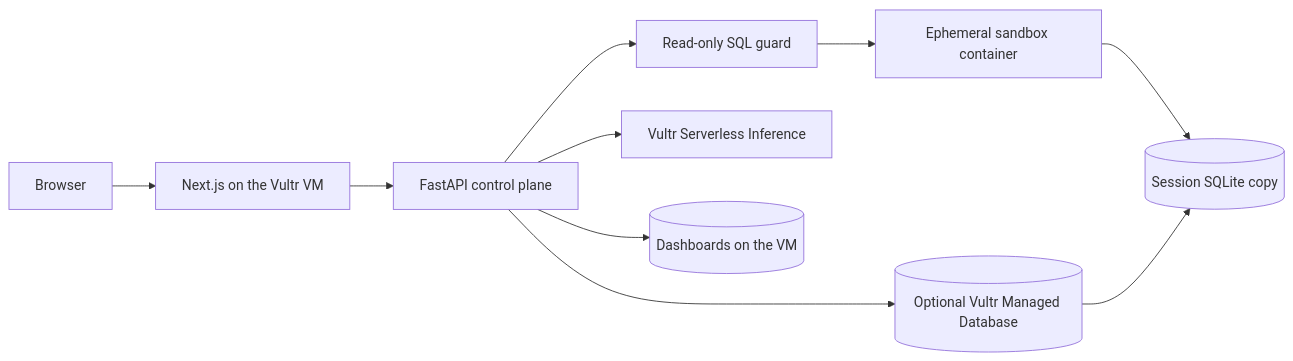
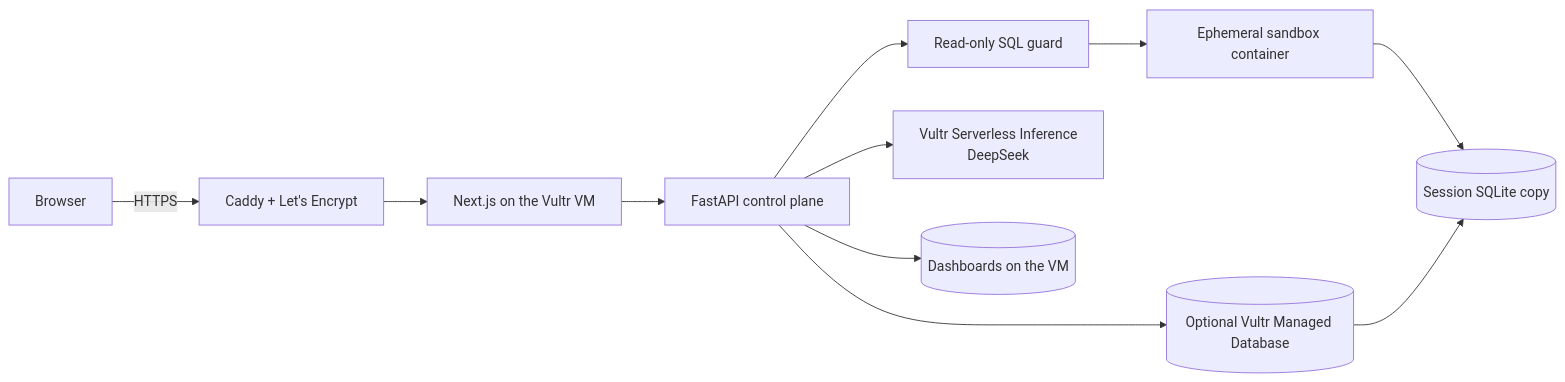
Before and after one commit to bryko254/fathom: the diagram in README.md, drawn with Mermaid. The commit also changed other lines of this file, not shown here.

Commit message:
README: live HTTPS URL, How Fathom uses Vultr, containment section, Caddy deploy

````diff
--- a/README.md
+++ b/README.md
@@ -21,12 +59,13 @@
 ```mermaid
 flowchart LR
-  Browser[Browser] --> Web[Next.js on the Vultr VM]
+  Browser[Browser] -->|HTTPS| Caddy[Caddy + Let's Encrypt]
+  Caddy --> Web[Next.js on the Vultr VM]
   Web --> API[FastAPI control plane]
   API --> Guard[Read-only SQL guard]
-  API --> LLM[Vultr Serverless Inference]
+  API --> LLM[Vultr Serverless Inference<br/>DeepSeek]
   Guard --> Run[Ephemeral sandbox container]
   Run --> Copy[(Session SQLite copy)]
   API --> Source[(Optional Vultr Managed Database)]
   Source --> Copy
   API --> AppDB[(Dashboards on the VM)]
 ```
````
